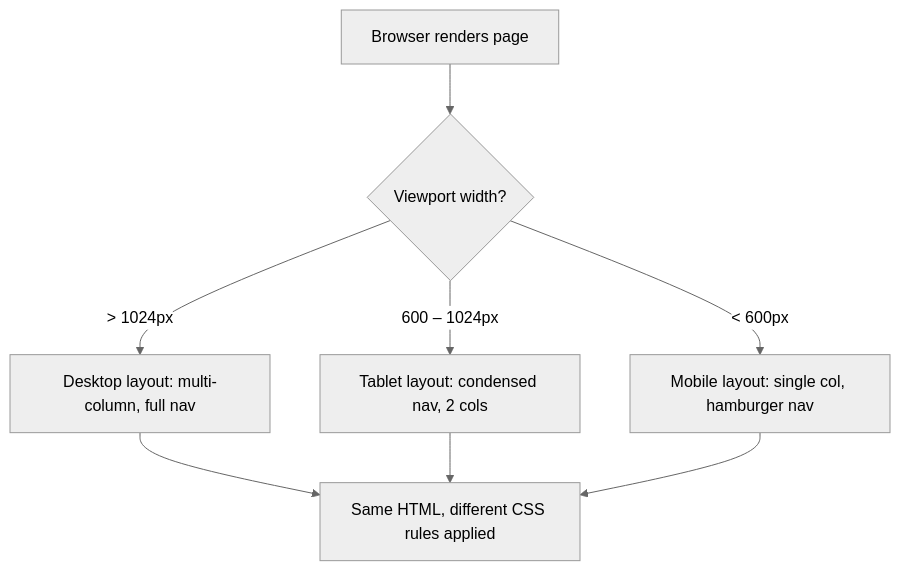
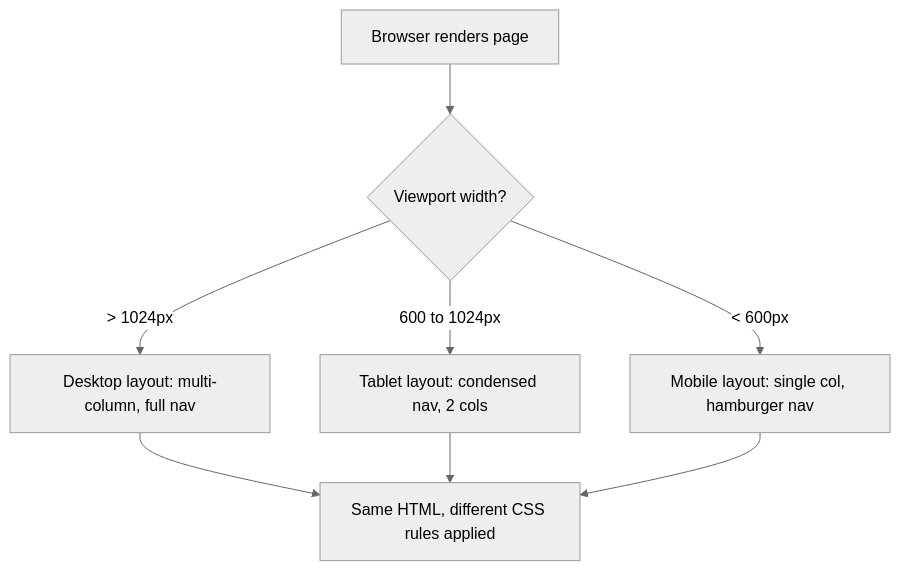
The diagram in _approaches/R/responsive-design.md (arc42/quality.arc42.org-site), drawn with Mermaid (neutral theme) before and after one commit. The commit also changed 4 other files, not shown here.

First line of the commit message:
fix(approaches): use <div class="mermaid"> instead of fenced code blocks

````diff
--- a/_approaches/R/responsive-design.md
+++ b/_approaches/R/responsive-design.md
@@ -20,8 +20,8 @@
-```mermaid
+<div class="mermaid">
 graph TD
     A[Browser renders page] --> B{Viewport width?}
     B -- "> 1024px" --> C[Desktop layout: multi-column, full nav]
-    B -- "600 – 1024px" --> D[Tablet layout: condensed nav, 2 cols]
+    B -- "600 to 1024px" --> D[Tablet layout: condensed nav, 2 cols]
     B -- "< 600px" --> E[Mobile layout: single col, hamburger nav]
     C & D & E --> F[Same HTML, different CSS rules applied]
-```
+</div>
````
